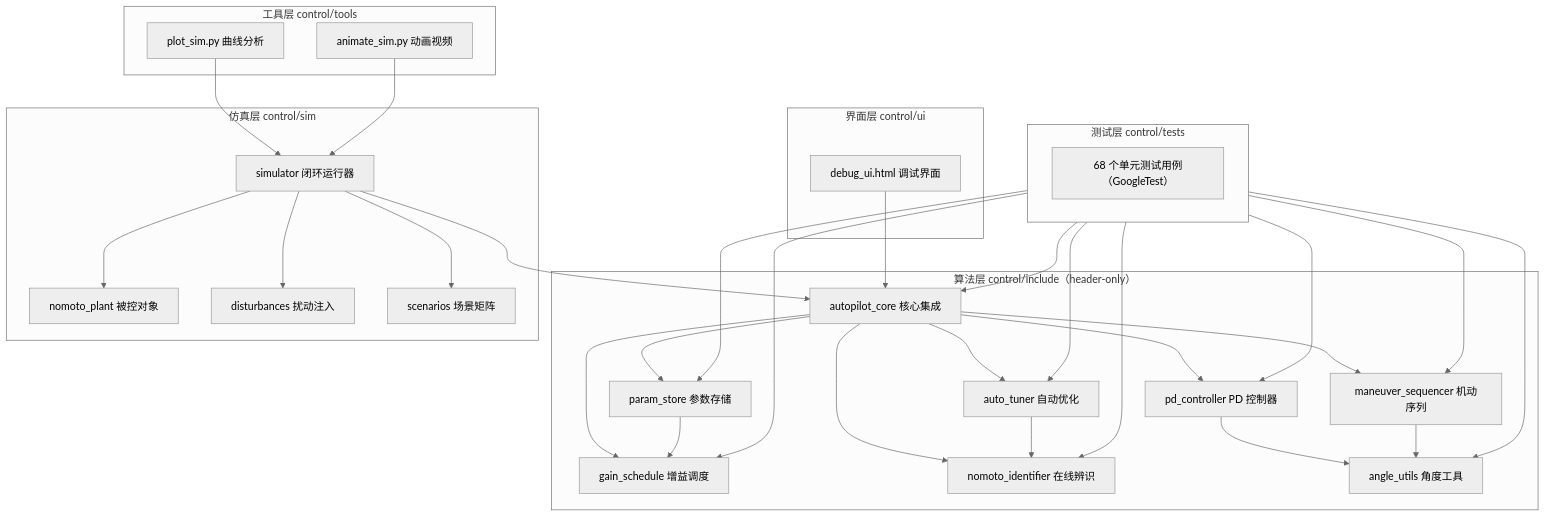
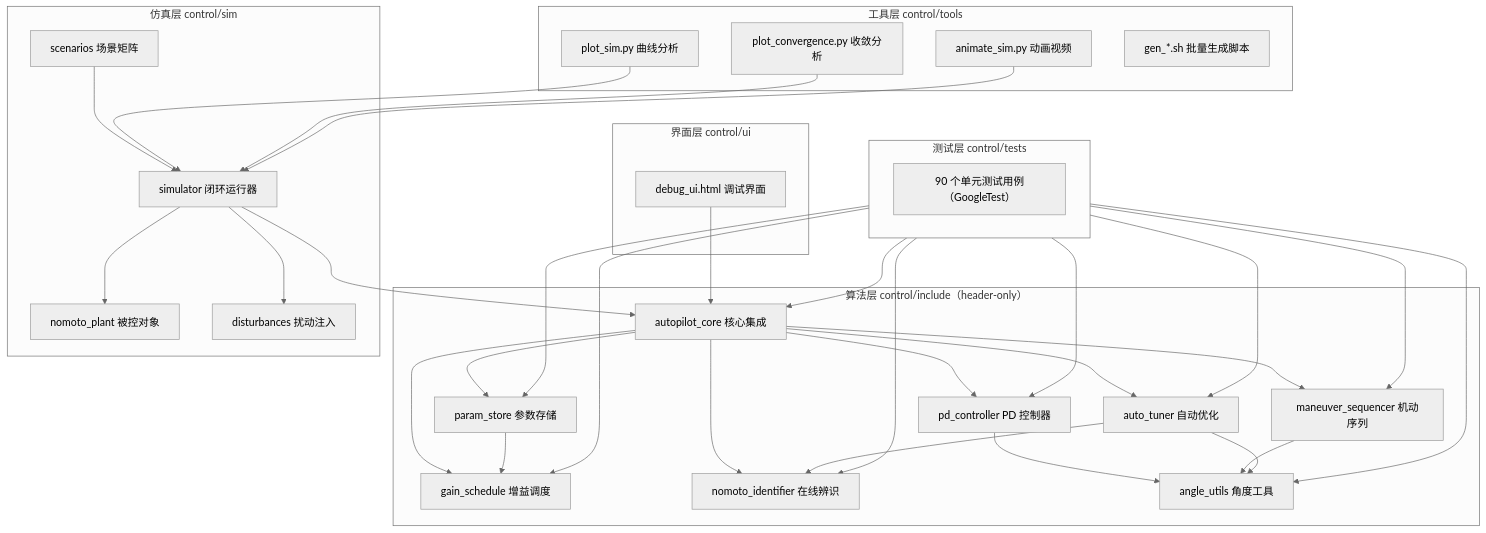
Before and after one commit to jimaka/auto_rudder: the first of 19 diagrams in 软件设计与架构文档.md, drawn with Mermaid (neutral theme). The commit also changed other lines of this file and 15 other files, not shown here.

````diff
--- a/软件设计与架构文档.md
+++ b/软件设计与架构文档.md
@@ -54,44 +55,47 @@
 ```mermaid
 graph TB
     subgraph CORE["算法层 control/include（header-only）"]
         AP["autopilot_core 核心集成"]
         PD["pd_controller PD 控制器"]
         GS["gain_schedule 增益调度"]
         ID["nomoto_identifier 在线辨识"]
         TU["auto_tuner 自动优化"]
         MS["maneuver_sequencer 机动序列"]
         PS["param_store 参数存储"]
         AU["angle_utils 角度工具"]
     end
 
     subgraph SIM["仿真层 control/sim"]
         SIMH["simulator 闭环运行器"]
         PLANT["nomoto_plant 被控对象"]
         DIST["disturbances 扰动注入"]
         SCEN["scenarios 场景矩阵"]
     end
 
     subgraph TEST["测试层 control/tests"]
-        T1["68 个单元测试用例（GoogleTest）"]
+        T1["90 个单元测试用例（GoogleTest）"]
     end
 
     subgraph TOOL["工具层 control/tools"]
         PLOT["plot_sim.py 曲线分析"]
+        CONV["plot_convergence.py 收敛分析"]
         ANIM["animate_sim.py 动画视频"]
+        GEN["gen_*.sh 批量生成脚本"]
     end
 
     subgraph UI["界面层 control/ui"]
         DUI["debug_ui.html 调试界面"]
     end
 
     AP --> PD & GS & ID & TU & MS & PS
     PD --> AU
     MS --> AU
     TU --> ID
+    TU --> AU
     PS --> GS
     SIMH --> PLANT & DIST & AP
-    SIMH --> SCEN
+    SCEN --> SIMH
     TEST --> AP & PD & GS & ID & TU & MS & PS & AU
-    PLOT & ANIM --> SIMH
+    PLOT & CONV & ANIM --> SIMH
     DUI --> AP
 ```
````
